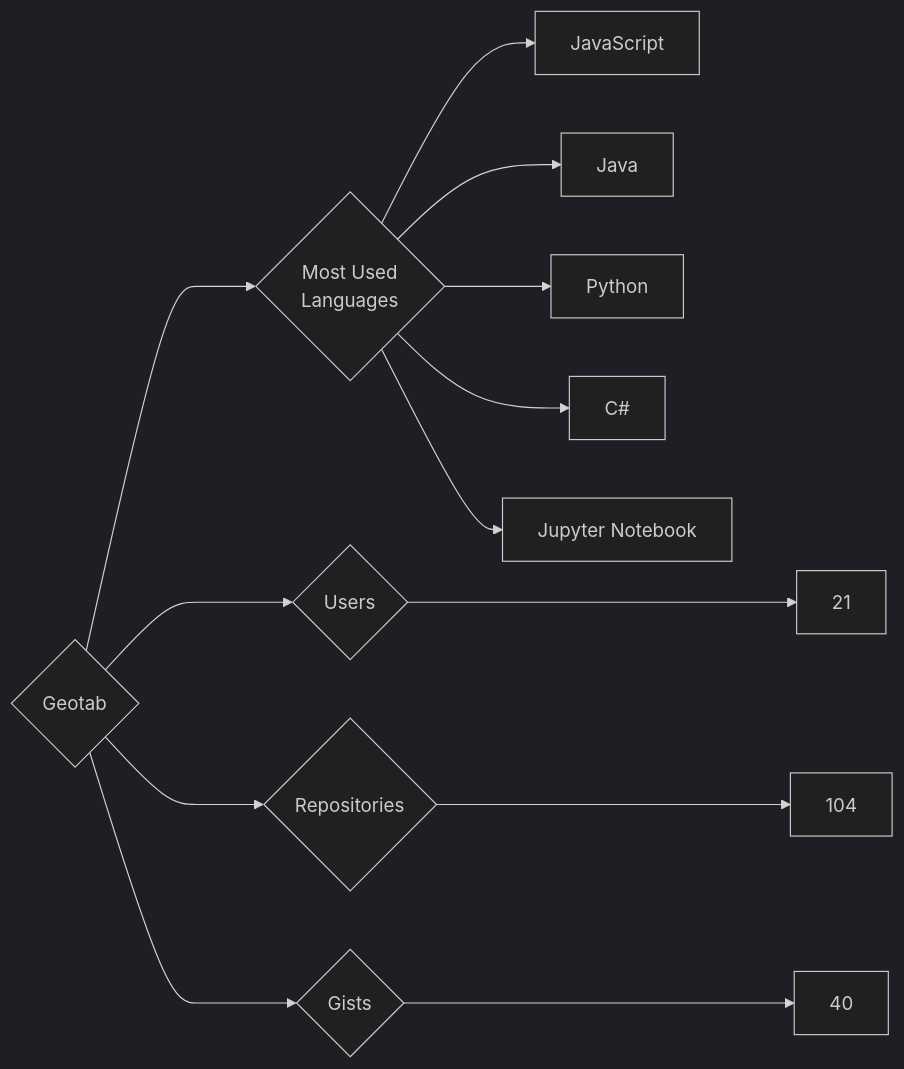
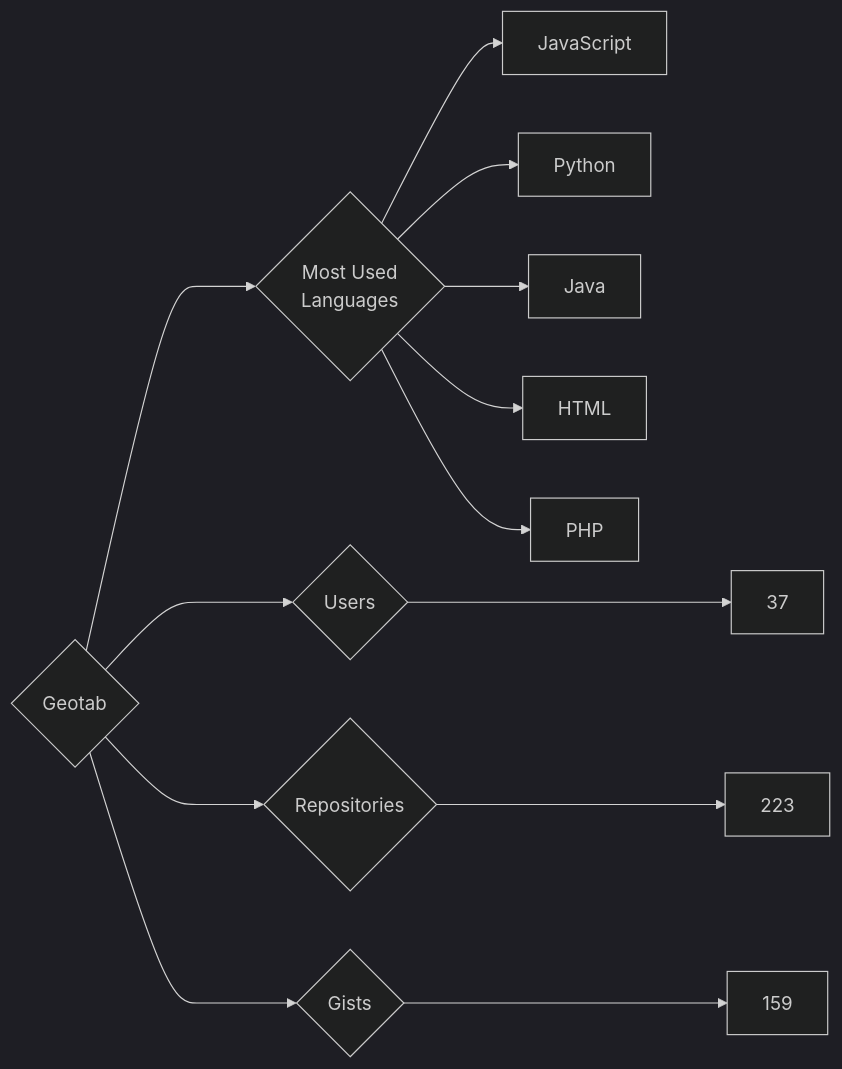
One commit to trickest/insiders changed the diagram in targets/Geotab/README.md. Above: the diagram before and after it, drawn with Mermaid (dark theme). The commit also changed 927 other files, not shown here.

````diff
--- a/targets/Geotab/README.md
+++ b/targets/Geotab/README.md
@@ -3,13 +3,13 @@
 ```mermaid
 graph LR
 COMPANY_NAME{Geotab}
-COMPANY_NAME ---> U{Users} ---> UN[21]
-COMPANY_NAME ---> R{Repositories} ---> RN[104]
-COMPANY_NAME ---> G{Gists} ---> GN[40]
+COMPANY_NAME ---> U{Users} ---> UN[37]
+COMPANY_NAME ---> R{Repositories} ---> RN[223]
+COMPANY_NAME ---> G{Gists} ---> GN[159]
 COMPANY_NAME ---> ML{Most Used<br>Languages}
 ML --> JavaScript[JavaScript]
+ML --> Python[Python]
 ML --> Java[Java]
-ML --> Python[Python]
-ML --> C#[C#]
-ML --> Jupyter_Notebook[Jupyter Notebook]
+ML --> HTML[HTML]
+ML --> PHP[PHP]
 ```
````
